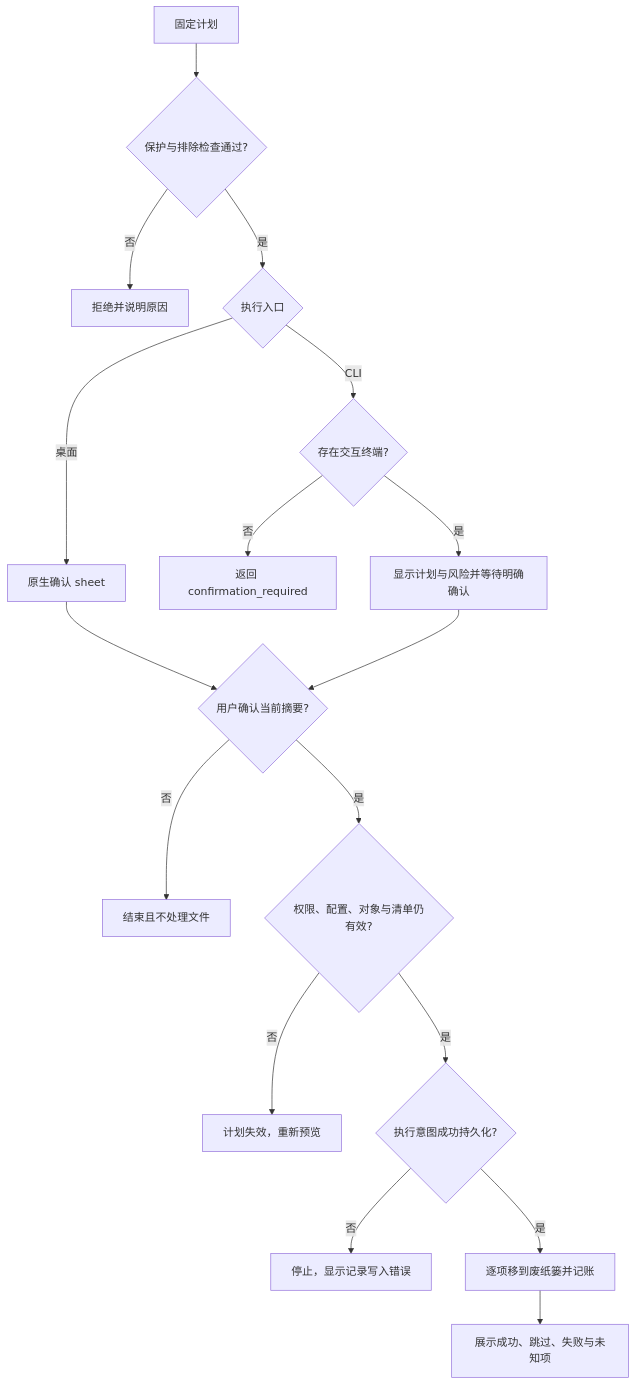
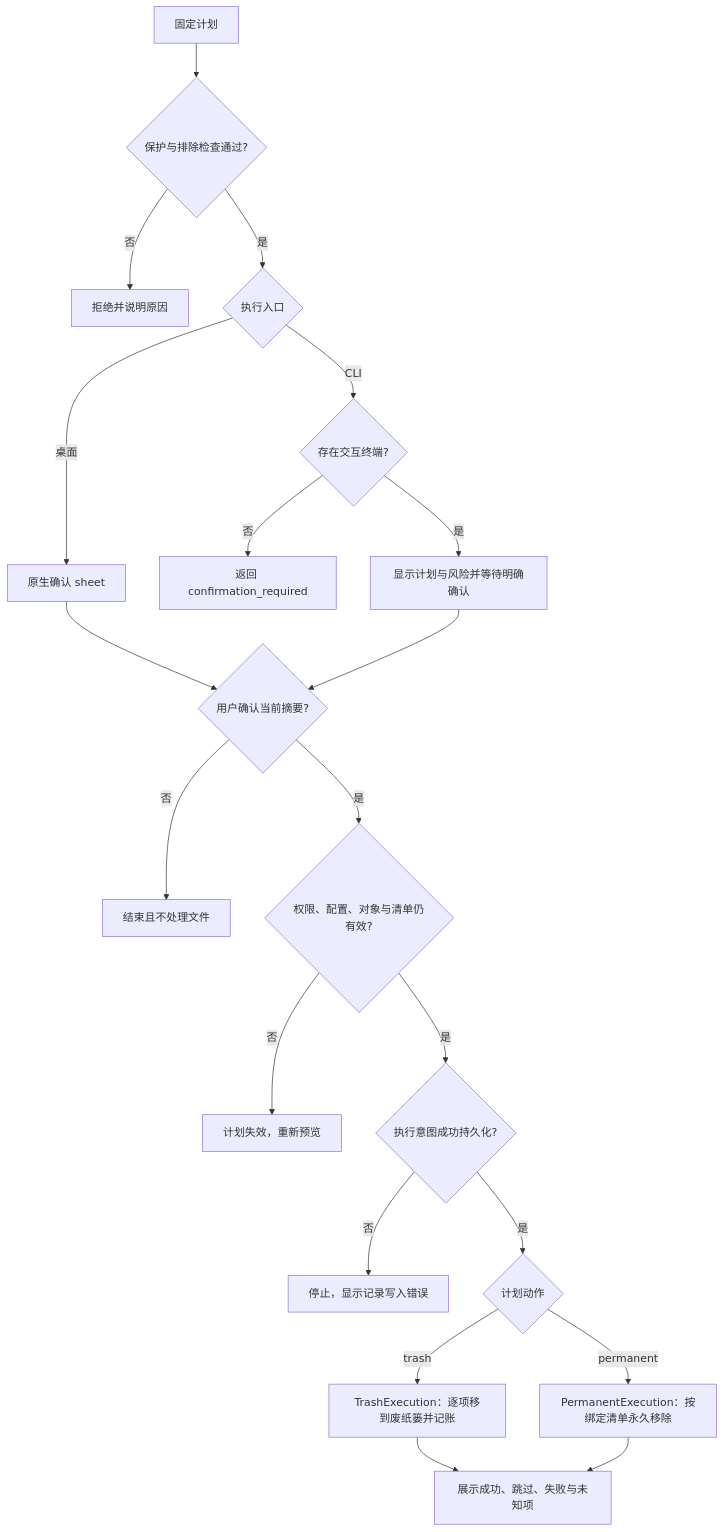
Before and after one commit to limecloud/shou: the fourth of 8 diagrams in docs/zh-CN/architecture/workflows-and-sequences.md, drawn with Mermaid. The commit also changed other lines of this file and 99 other files, not shown here.

````diff
--- a/docs/zh-CN/architecture/workflows-and-sequences.md
+++ b/docs/zh-CN/architecture/workflows-and-sequences.md
@@ -63,19 +95,22 @@
 ```mermaid
 flowchart TD
     Plan[固定计划] --> Policy{保护与排除检查通过?}
     Policy -->|否| Blocked[拒绝并说明原因]
     Policy -->|是| Entry{执行入口}
     Entry -->|桌面| Sheet[原生确认 sheet]
     Entry -->|CLI| TTY{存在交互终端?}
     TTY -->|否| Required[返回 confirmation_required]
     TTY -->|是| Prompt[显示计划与风险并等待明确确认]
     Sheet --> Consent{用户确认当前摘要?}
     Prompt --> Consent
     Consent -->|否| Stop[结束且不处理文件]
     Consent -->|是| Recheck{权限、配置、对象与清单仍有效?}
     Recheck -->|否| Stale[计划失效，重新预览]
     Recheck -->|是| Journal{执行意图成功持久化?}
     Journal -->|否| Failure[停止，显示记录写入错误]
-    Journal -->|是| Trash[逐项移到废纸篓并记账]
+    Journal -->|是| Action{计划动作}
+    Action -->|trash| Trash[TrashExecution：逐项移到废纸篓并记账]
+    Action -->|permanent| Purge[PermanentExecution：按绑定清单永久移除]
     Trash --> Result[展示成功、跳过、失败与未知项]
+    Purge --> Result
 ```
````
